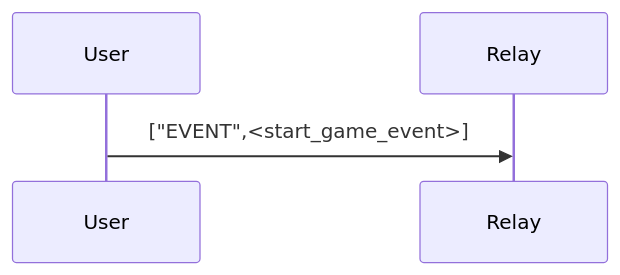
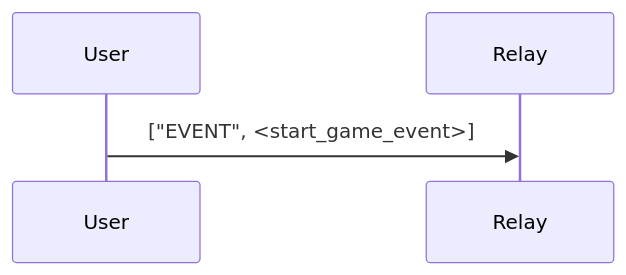
One commit to jesterui/jesterui changed the third of 5 diagrams in pgnr-ui/FLOW.md. Above: the diagram before and after it, drawn with Mermaid. The commit also changed other lines of this file and 1 other file, not shown here.

````diff
--- a/pgnr-ui/FLOW.md
+++ b/pgnr-ui/FLOW.md
@@ -53,4 +105,4 @@
 ```mermaid
 sequenceDiagram
-    User->>Relay:  ["EVENT",<start_game_event>]
+    User->>Relay:  ["EVENT", <start_game_event>]
 ```
````
